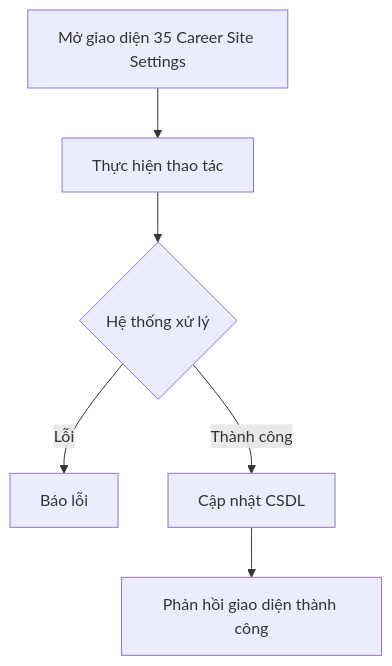
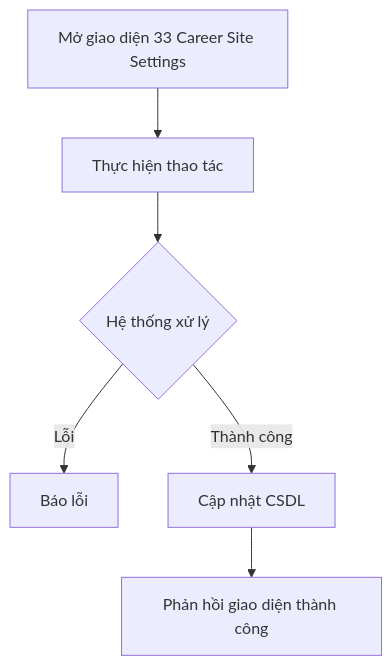
Before and after one commit to VanHaPtit/EasyTech_FE: the diagram in nghiep_vu/epic-07_Settings_Configuration/user-story-33_Career_Site_Settings/user-story.md, drawn with Mermaid. The commit also changed other lines of this file and 31 other files, not shown here.

````diff
--- a/nghiep_vu/epic-07_Settings_Configuration/user-story-33_Career_Site_Settings/user-story.md
+++ b/nghiep_vu/epic-07_Settings_Configuration/user-story-33_Career_Site_Settings/user-story.md
@@ -11,8 +11,8 @@
 ```mermaid
 graph TD
-    A[Mở giao diện 35 Career Site Settings] --> B[Thực hiện thao tác]
+    A[Mở giao diện 33 Career Site Settings] --> B[Thực hiện thao tác]
     B --> C{Hệ thống xử lý}
     C -- Lỗi --> D[Báo lỗi]
     C -- Thành công --> E[Cập nhật CSDL]
     E --> F[Phản hồi giao diện thành công]
 ```
````
